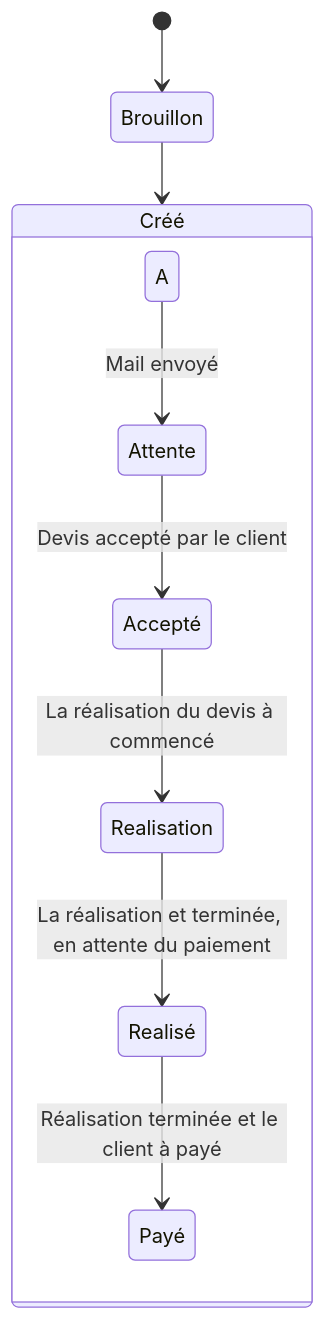
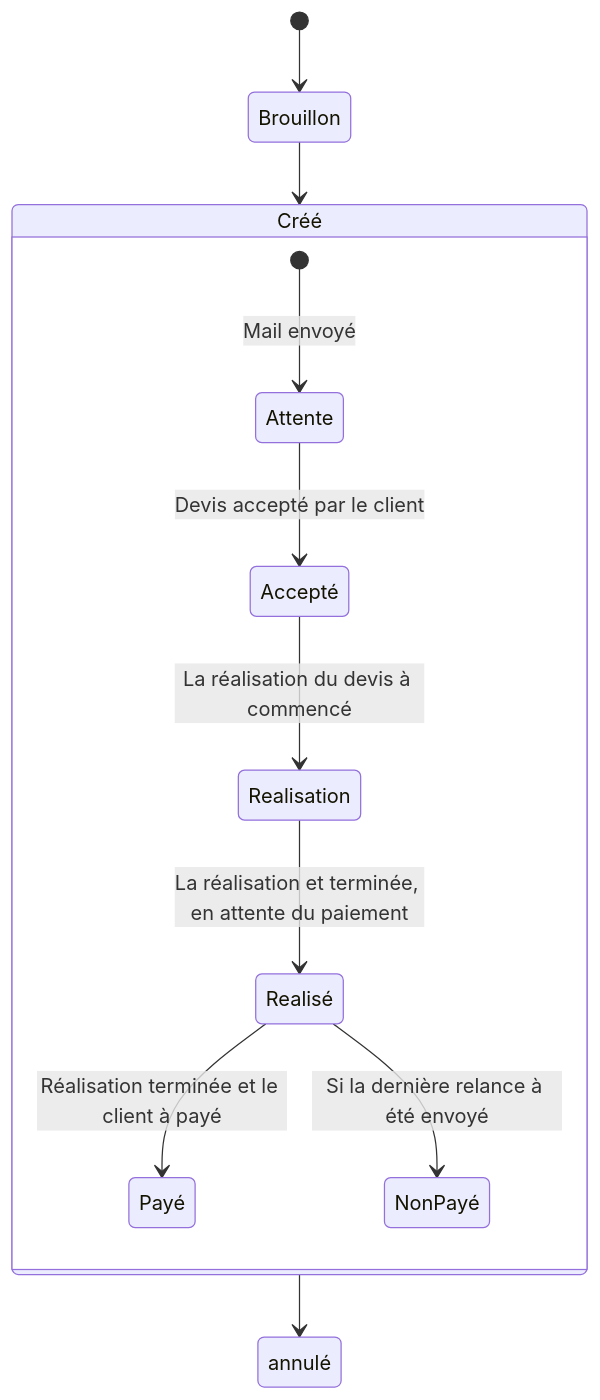
One commit to CRMGenerator3000/Projet-CRMW changed the sixth of 8 diagrams in Informations_projet/Description complète du projet.md. Above: the diagram before and after it, drawn with Mermaid. The commit also changed other lines of this file, not shown here.

````diff
--- a/Informations_projet/Description complète du projet.md
+++ b/Informations_projet/Description complète du projet.md
@@ -467,14 +570,16 @@
 ```mermaid
 stateDiagram-v2
 	[*] --> Brouillon
 	Brouillon --> Créé
 	
 	state Créé {
-	A --> Attente : Mail envoyé
+	[*] --> Attente : Mail envoyé
 	Attente --> Accepté : Devis accepté par le client
 	Accepté --> Realisation : La réalisation du devis à commencé
 	Realisation --> Realisé : La réalisation et terminée, en attente du paiement
 	Realisé --> Payé : Réalisation terminée et le client à payé
+	Realisé --> NonPayé : Si la dernière relance à été envoyé
 	}
+	Créé --> annulé
 	
 ```
````
